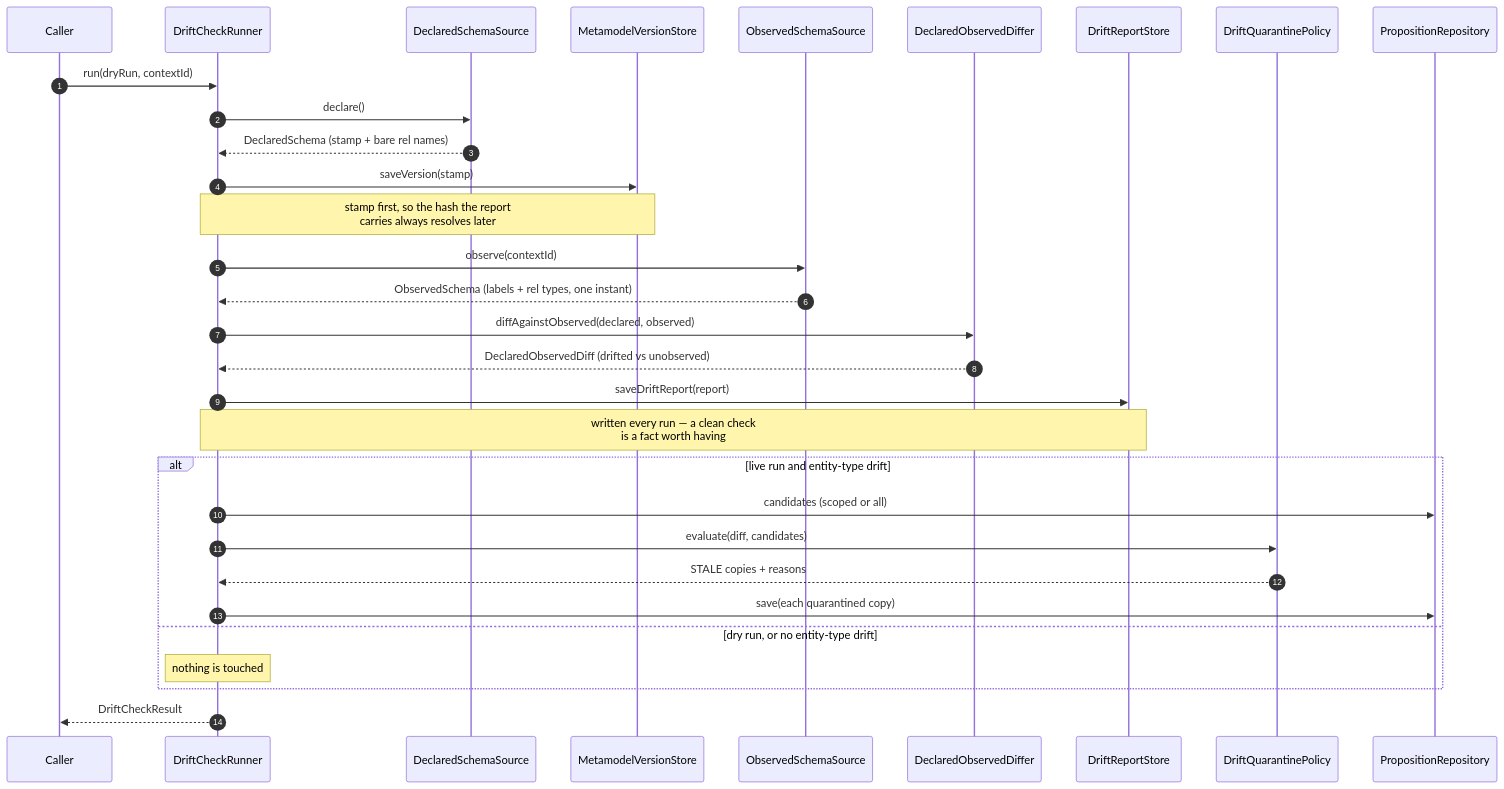
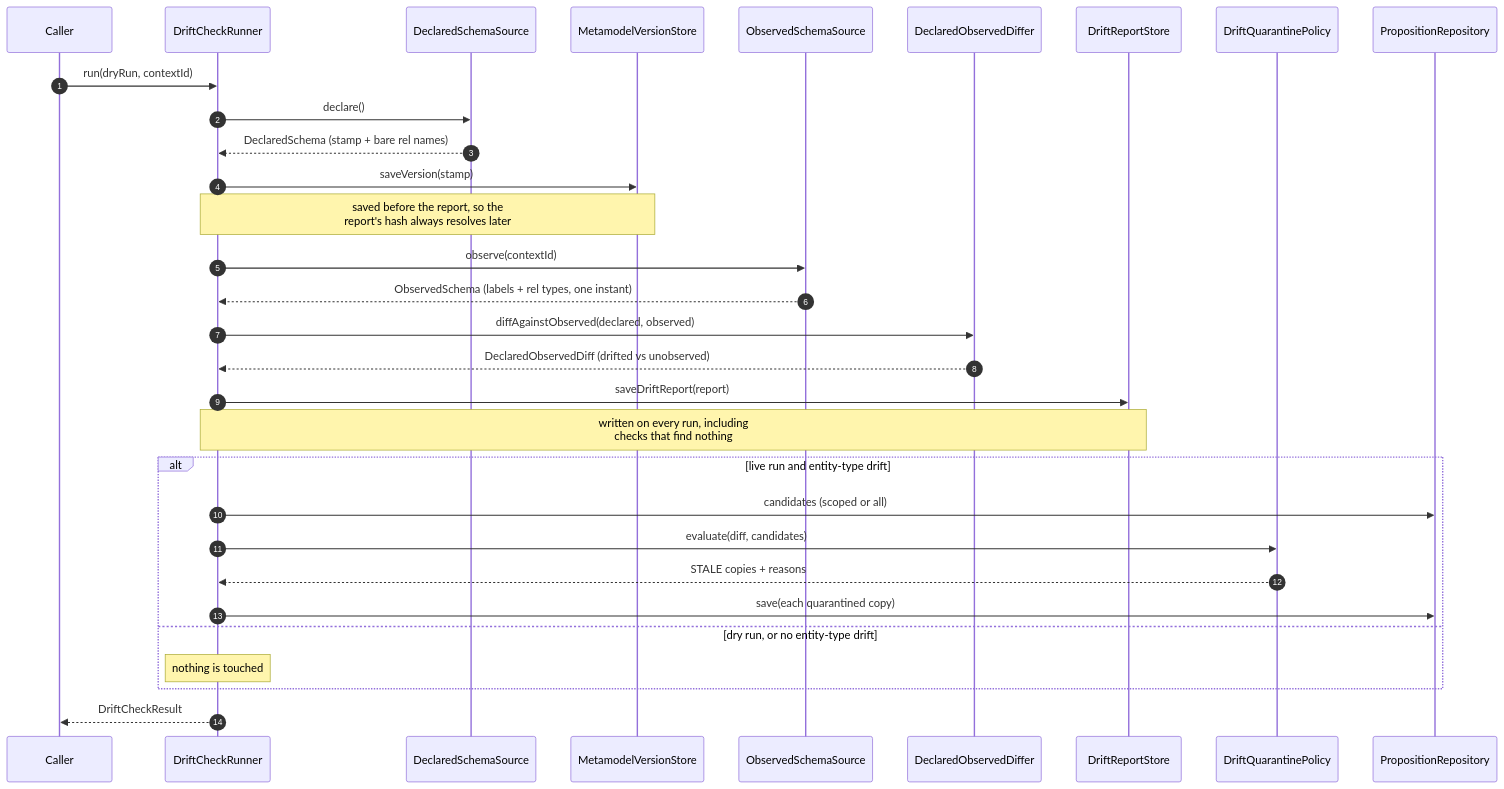
The diagram in docs/design/metamodel-drift.md (embabel/dice), drawn with Mermaid before and after one commit. The commit also changed other lines of this file and 12 other files, not shown here.

````diff
--- a/docs/design/metamodel-drift.md
+++ b/docs/design/metamodel-drift.md
@@ -11,34 +11,34 @@
 ```mermaid
 sequenceDiagram
     autonumber
     participant Caller
     participant Runner as DriftCheckRunner
     participant Declared as DeclaredSchemaSource
     participant Versions as MetamodelVersionStore
     participant Observed as ObservedSchemaSource
     participant Differ as DeclaredObservedDiffer
     participant Reports as DriftReportStore
     participant Policy as DriftQuarantinePolicy
     participant Props as PropositionRepository
 
     Caller->>Runner: run(dryRun, contextId)
     Runner->>Declared: declare()
     Declared-->>Runner: DeclaredSchema (stamp + bare rel names)
     Runner->>Versions: saveVersion(stamp)
-    Note over Runner,Versions: stamp first, so the hash the report<br/>carries always resolves later
+    Note over Runner,Versions: saved before the report, so the<br/>report's hash always resolves later
     Runner->>Observed: observe(contextId)
     Observed-->>Runner: ObservedSchema (labels + rel types, one instant)
     Runner->>Differ: diffAgainstObserved(declared, observed)
     Differ-->>Runner: DeclaredObservedDiff (drifted vs unobserved)
     Runner->>Reports: saveDriftReport(report)
-    Note over Runner,Reports: written every run — a clean check<br/>is a fact worth having
+    Note over Runner,Reports: written on every run, including<br/>checks that find nothing
     alt live run and entity-type drift
         Runner->>Props: candidates (scoped or all)
         Runner->>Policy: evaluate(diff, candidates)
         Policy-->>Runner: STALE copies + reasons
         Runner->>Props: save(each quarantined copy)
     else dry run, or no entity-type drift
         Note over Runner: nothing is touched
     end
     Runner-->>Caller: DriftCheckResult
 ```
````
